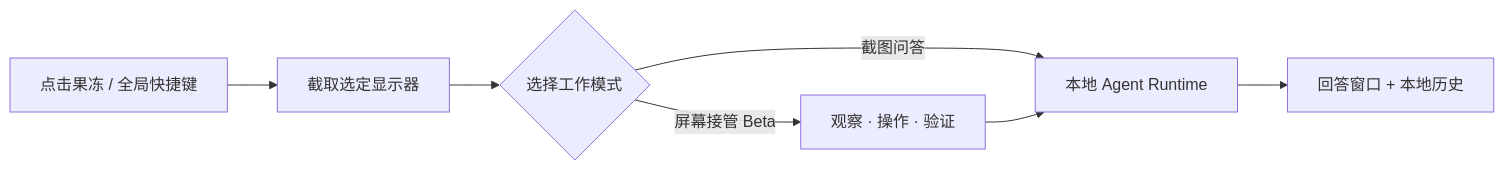
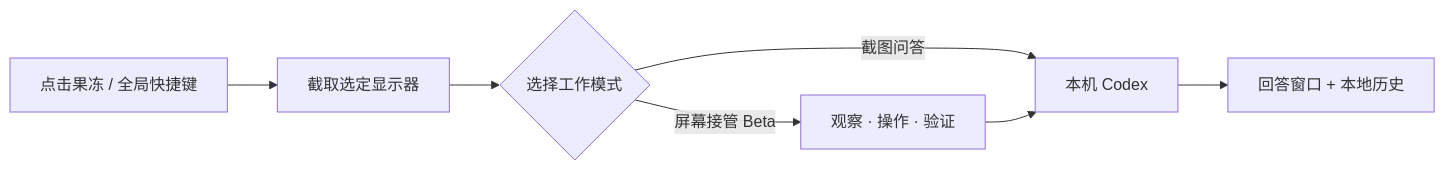
Before and after one commit to MarcWebber/ai-pet: the diagram in README.md, drawn with Mermaid. The commit also changed other lines of this file and 24 other files, not shown here.

Commit message:
Remove non-Codex runtime paths

````diff
--- a/README.md
+++ b/README.md
@@ -67,9 +67,9 @@
 ```mermaid
 flowchart LR
     A["点击果冻 / 全局快捷键"] --> B["截取选定显示器"]
     B --> C{"选择工作模式"}
-    C -->|截图问答| D["本地 Agent Runtime"]
+    C -->|截图问答| D["本机 Codex"]
     C -->|屏幕接管 Beta| E["观察 · 操作 · 验证"]
     E --> D
     D --> F["回答窗口 + 本地历史"]
 ```
````
